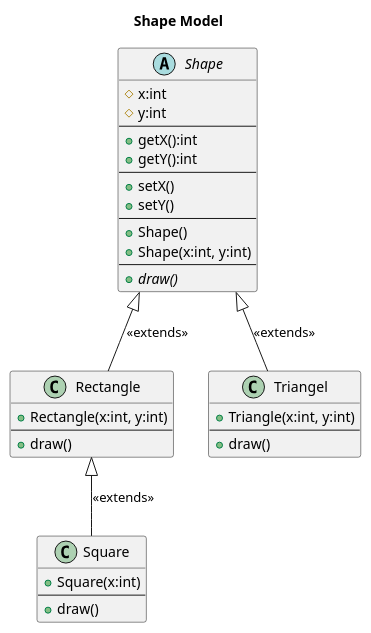
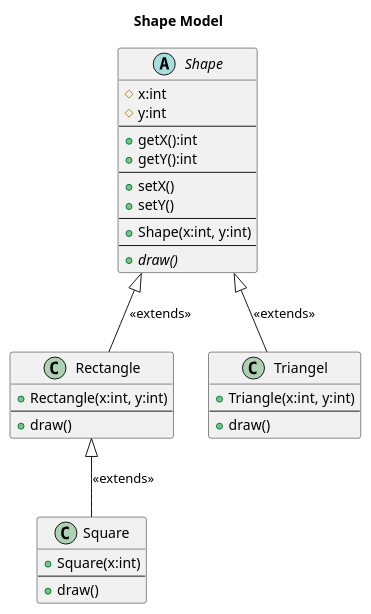
The diagram in UMLs/03_ShapeModel.wsd (Nurettin-Kaplan/OOPExercises), drawn with PlantUML before and after one commit. The commit also changed 7 other files, not shown here.

```diff
--- a/UMLs/03_ShapeModel.wsd
+++ b/UMLs/03_ShapeModel.wsd
@@ -1,43 +1,42 @@
 @startuml Abstract Class
 title Shape Model
 
 abstract class Shape{
     #x:int
     #y:int
     --
     +getX():int
     +getY():int
     --
     +setX()
     +setY()
     --
-    +Shape()
     +Shape(x:int, y:int)
     --
     +{abstract}draw()
 }
 
 class Triangel{
     +Triangle(x:int, y:int)
     --
     +draw()
 }
 
 class Rectangle{
     +Rectangle(x:int, y:int)
     --
     +draw()
 }
 
 class Square{
     +Square(x:int)
     --
     +draw()
 }
 
 Triangel -up-|> Shape : <<extends>>
 Rectangle -up-|> Shape : <<extends>>
 Square -up-|> Rectangle : <<extends>>
 
 hide empty members
 @enduml
```
